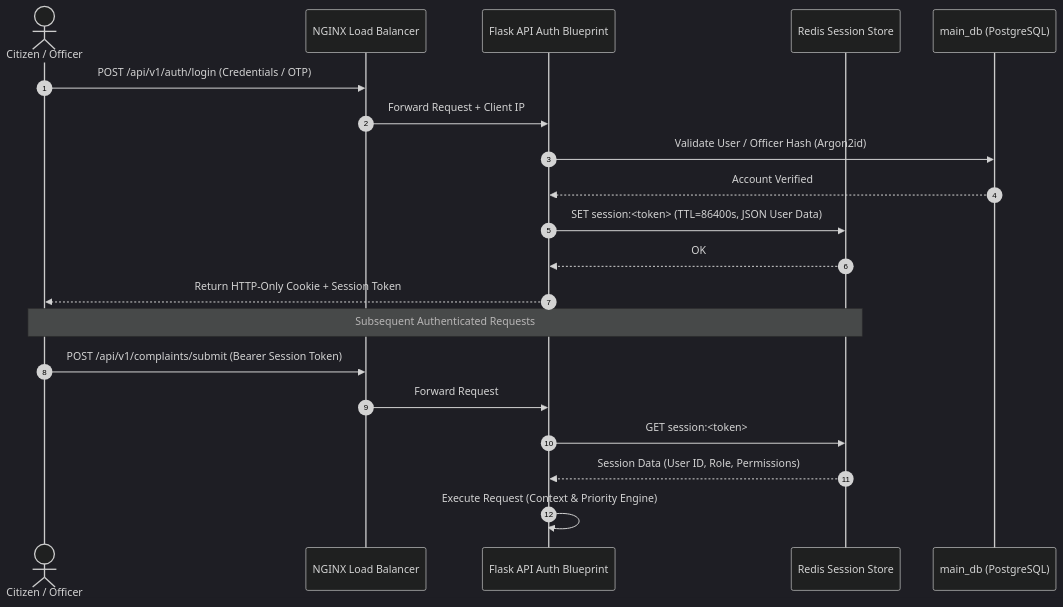
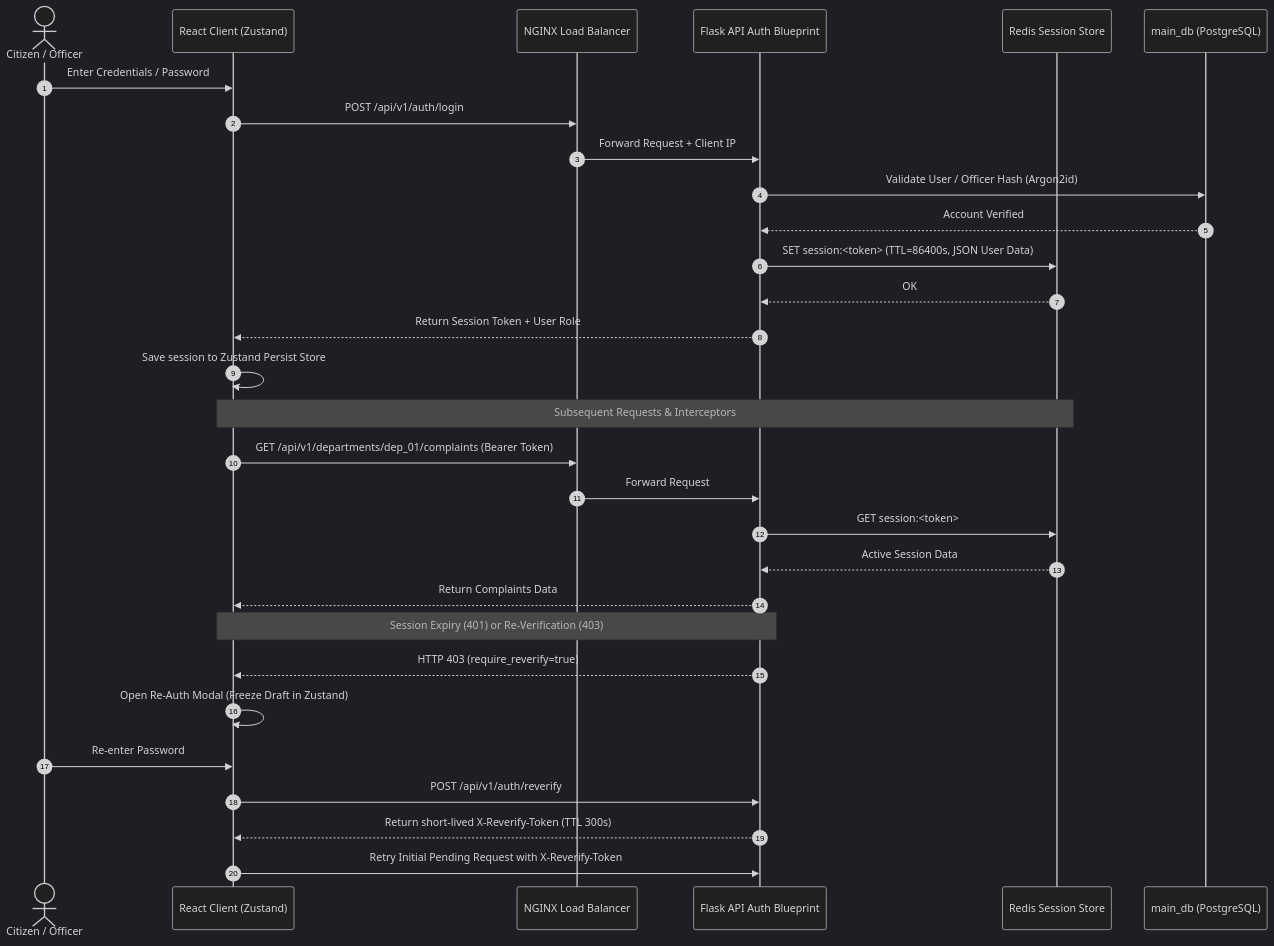
The second of 2 diagrams in docs/Authentication.md (CSMU-CodeSync/SIH_02-), drawn with Mermaid (dark theme) before and after one commit. The commit also changed other lines of this file and 10 other files, not shown here.

Commit message:
docs: integrate fullstack frontend planning and master architecture across all documentation files

````diff
--- a/docs/Authentication.md
+++ b/docs/Authentication.md
@@ -64,24 +76,35 @@
 ```mermaid
 sequenceDiagram
     autonumber
     actor User as Citizen / Officer
+    participant React as React Client (Zustand)
     participant NGINX as NGINX Load Balancer
     participant Flask as Flask API Auth Blueprint
     participant Redis as Redis Session Store
     participant DB as main_db (PostgreSQL)
 
-    User->>NGINX: POST /api/v1/auth/login (Credentials / OTP)
+    User->>React: Enter Credentials / Password
+    React->>NGINX: POST /api/v1/auth/login
     NGINX->>Flask: Forward Request + Client IP
     Flask->>DB: Validate User / Officer Hash (Argon2id)
     DB-->>Flask: Account Verified
     Flask->>Redis: SET session:<token> (TTL=86400s, JSON User Data)
     Redis-->>Flask: OK
-    Flask-->>User: Return HTTP-Only Cookie + Session Token
+    Flask-->>React: Return Session Token + User Role
+    React->>React: Save session to Zustand Persist Store
 
-    Note over User, Redis: Subsequent Authenticated Requests
-    User->>NGINX: POST /api/v1/complaints/submit (Bearer Session Token)
+    Note over React, Redis: Subsequent Requests & Interceptors
+    React->>NGINX: GET /api/v1/departments/dep_01/complaints (Bearer Token)
     NGINX->>Flask: Forward Request
     Flask->>Redis: GET session:<token>
-    Redis-->>Flask: Session Data (User ID, Role, Permissions)
-    Flask->>Flask: Execute Request (Context & Priority Engine)
+    Redis-->>Flask: Active Session Data
+    Flask-->>React: Return Complaints Data
+
+    Note over React, Flask: Session Expiry (401) or Re-Verification (403)
+    Flask-->>React: HTTP 403 (require_reverify=true)
+    React->>React: Open Re-Auth Modal (Freeze Draft in Zustand)
+    User->>React: Re-enter Password
+    React->>Flask: POST /api/v1/auth/reverify
+    Flask-->>React: Return short-lived X-Reverify-Token (TTL 300s)
+    React->>Flask: Retry Initial Pending Request with X-Reverify-Token
 ```
````
